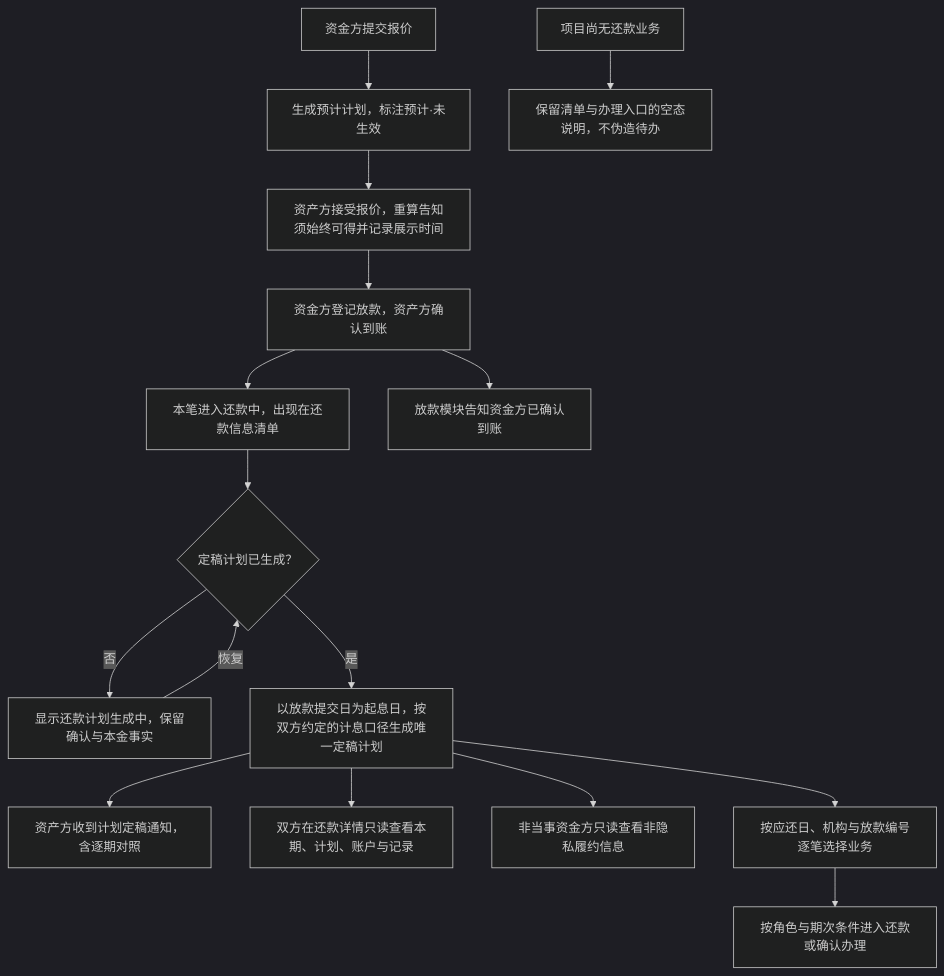
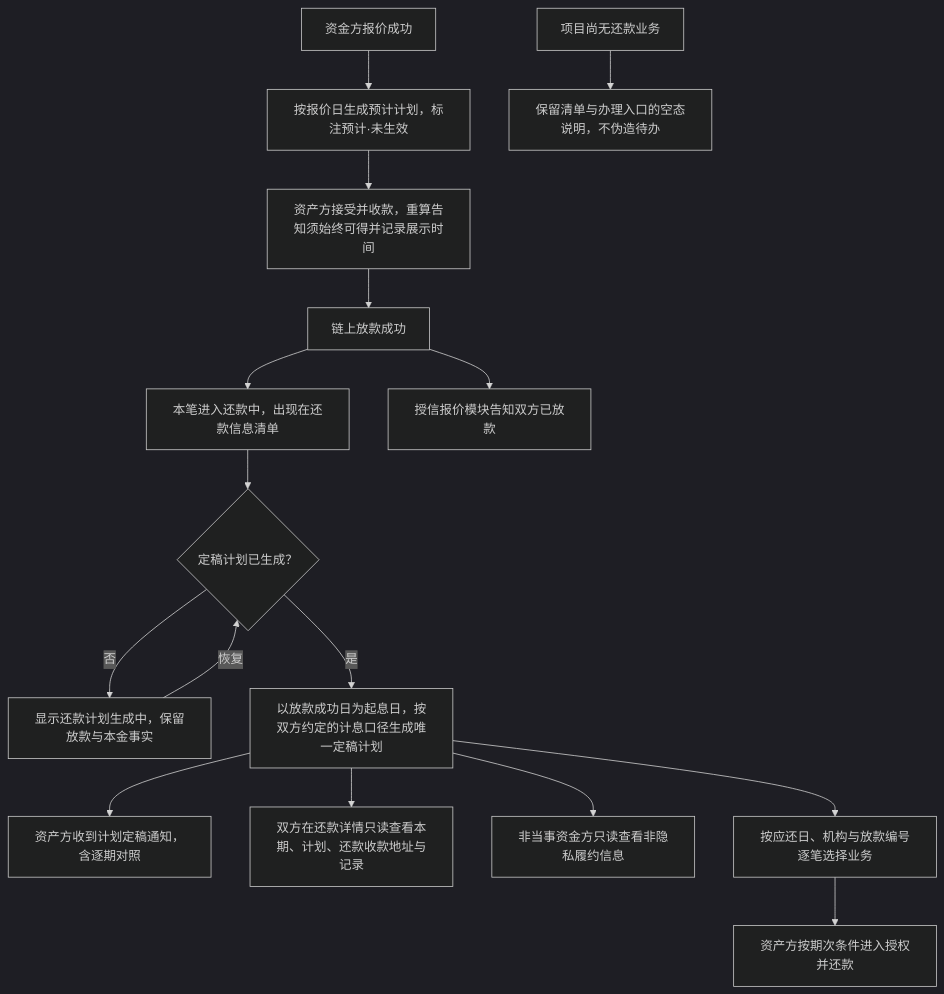
Before and after one commit to wxblockchain/Chain-Financing: the first of 5 diagrams in lending-platform/PRD/面客端/08-借贷广场-还款计划与还款确认/02-还款计划与还款确认-流程图与状态机.md, drawn with Mermaid (dark theme). The commit also changed other lines of this file and 6 other files, not shown here.

````diff
--- a/lending-platform/PRD/面客端/08-借贷广场-还款计划与还款确认/02-还款计划与还款确认-流程图与状态机.md
+++ b/lending-platform/PRD/面客端/08-借贷广场-还款计划与还款确认/02-还款计划与还款确认-流程图与状态机.md
@@ -21,18 +21,18 @@
 ```mermaid
 flowchart TD
-  A[资金方提交报价] --> B[生成预计计划，标注预计·未生效]
-  B --> C[资产方接受报价，重算告知须始终可得并记录展示时间]
-  C --> D[资金方登记放款，资产方确认到账]
+  A[资金方报价成功] --> B[按报价日生成预计计划，标注预计·未生效]
+  B --> C[资产方接受并收款，重算告知须始终可得并记录展示时间]
+  C --> D[链上放款成功]
   D --> E[本笔进入还款中，出现在还款信息清单]
-  D --> N[放款模块告知资金方已确认到账]
+  D --> N[授信报价模块告知双方已放款]
   E --> F{定稿计划已生成？}
-  F -->|否| G[显示还款计划生成中，保留确认与本金事实]
+  F -->|否| G[显示还款计划生成中，保留放款与本金事实]
   G -->|恢复| F
-  F -->|是| H[以放款提交日为起息日，按双方约定的计息口径生成唯一定稿计划]
+  F -->|是| H[以放款成功日为起息日，按双方约定的计息口径生成唯一定稿计划]
   H --> I[资产方收到计划定稿通知，含逐期对照]
-  H --> J[双方在还款详情只读查看本期、计划、账户与记录]
+  H --> J[双方在还款详情只读查看本期、计划、还款收款地址与记录]
   H --> V[非当事资金方只读查看非隐私履约信息]
   H --> K[按应还日、机构与放款编号逐笔选择业务]
-  K --> L[按角色与期次条件进入还款或确认办理]
+  K --> L[资产方按期次条件进入授权并还款]
   P[项目尚无还款业务] --> Q[保留清单与办理入口的空态说明，不伪造待办]
 ```
````
